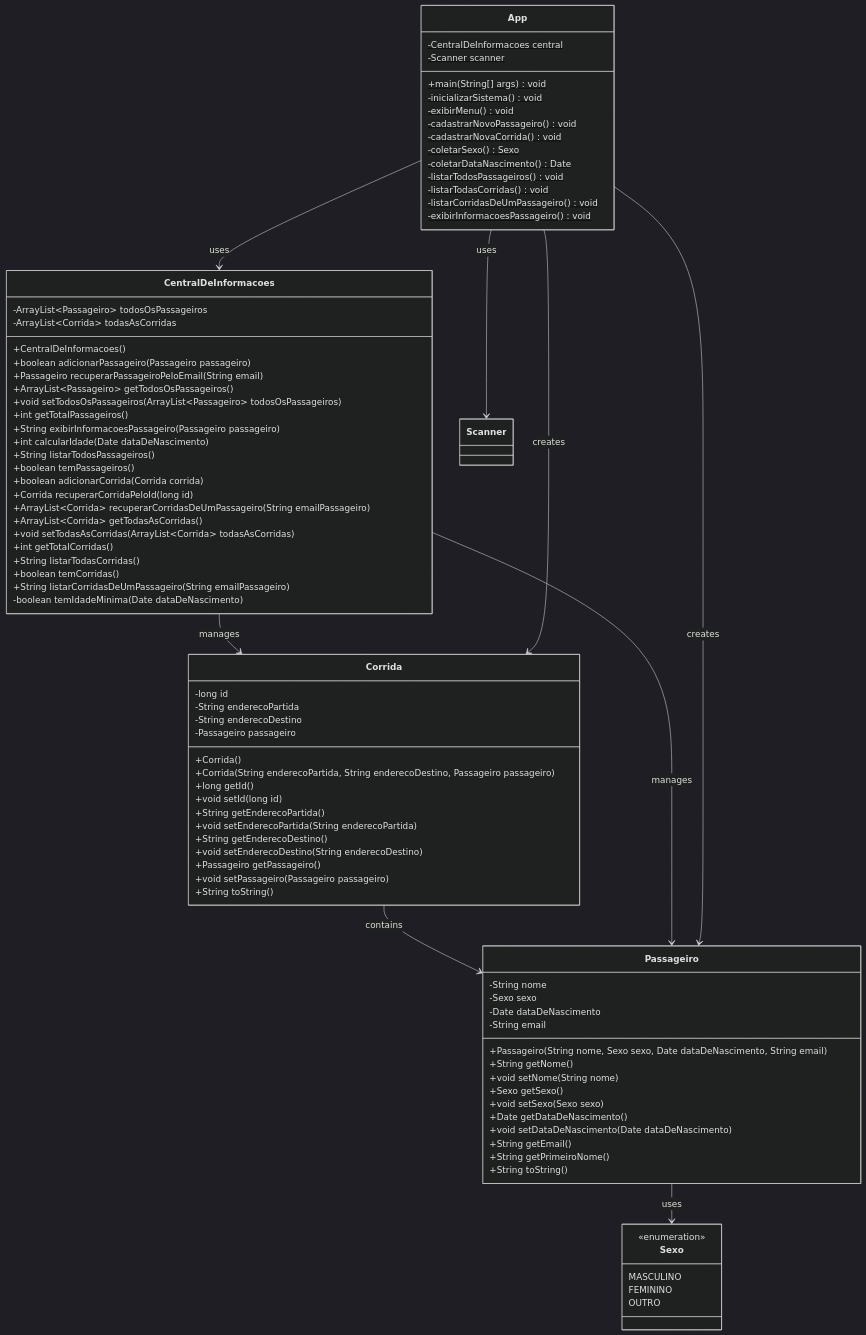
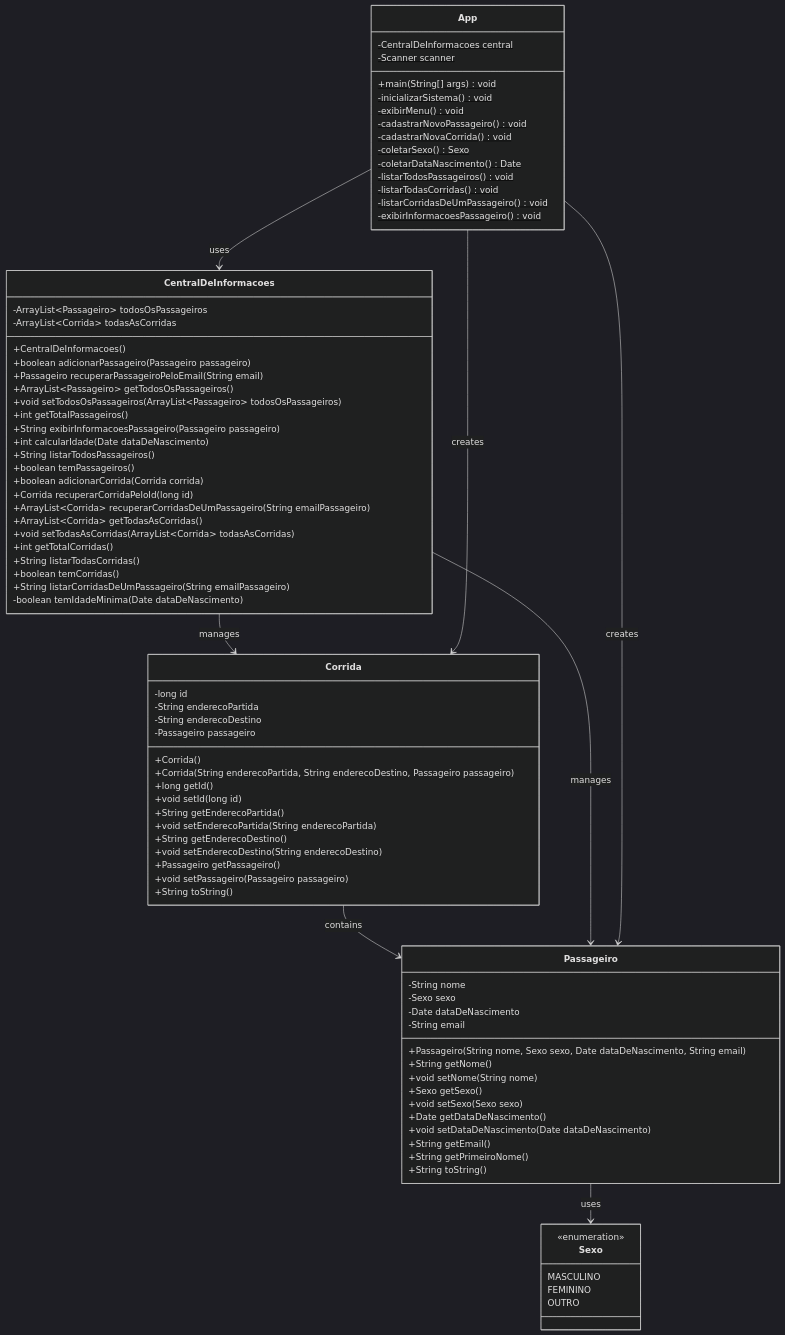
The diagram in lista2/src/main/java/br/com/pucgo/exercicio5/diagrama-uml.mmd (DEVigodE/ADS1232), drawn with Mermaid (dark theme) before and after one commit. The commit also changed 4 other files, not shown here.

Commit message:
Refactor UML diagrams to include App class and update relationships across exercises

```diff
--- a/lista2/src/main/java/br/com/pucgo/exercicio5/diagrama-uml.mmd
+++ b/lista2/src/main/java/br/com/pucgo/exercicio5/diagrama-uml.mmd
@@ -1,96 +1,95 @@
 classDiagram
     class Sexo {
         <<enumeration>>
         MASCULINO
         FEMININO
         OUTRO
     }
 
     class Passageiro {
         -String nome
         -Sexo sexo
         -Date dataDeNascimento
         -String email
 
         +Passageiro(String nome, Sexo sexo, Date dataDeNascimento, String email)
         +String getNome()
         +void setNome(String nome)
         +Sexo getSexo()
         +void setSexo(Sexo sexo)
         +Date getDataDeNascimento()
         +void setDataDeNascimento(Date dataDeNascimento)
         +String getEmail()
         +String getPrimeiroNome()
         +String toString()
     }
 
     class Corrida {
         -long id
         -String enderecoPartida
         -String enderecoDestino
         -Passageiro passageiro
 
         +Corrida()
         +Corrida(String enderecoPartida, String enderecoDestino, Passageiro passageiro)
         +long getId()
         +void setId(long id)
         +String getEnderecoPartida()
         +void setEnderecoPartida(String enderecoPartida)
         +String getEnderecoDestino()
         +void setEnderecoDestino(String enderecoDestino)
         +Passageiro getPassageiro()
         +void setPassageiro(Passageiro passageiro)
         +String toString()
     }
 
     class CentralDeInformacoes {
         -ArrayList~Passageiro~ todosOsPassageiros
         -ArrayList~Corrida~ todasAsCorridas
 
         +CentralDeInformacoes()
         +boolean adicionarPassageiro(Passageiro passageiro)
         +Passageiro recuperarPassageiroPeloEmail(String email)
         +ArrayList~Passageiro~ getTodosOsPassageiros()
         +void setTodosOsPassageiros(ArrayList~Passageiro~ todosOsPassageiros)
         +int getTotalPassageiros()
         +String exibirInformacoesPassageiro(Passageiro passageiro)
         +int calcularIdade(Date dataDeNascimento)
         +String listarTodosPassageiros()
         +boolean temPassageiros()
         +boolean adicionarCorrida(Corrida corrida)
         +Corrida recuperarCorridaPeloId(long id)
         +ArrayList~Corrida~ recuperarCorridasDeUmPassageiro(String emailPassageiro)
         +ArrayList~Corrida~ getTodasAsCorridas()
         +void setTodasAsCorridas(ArrayList~Corrida~ todasAsCorridas)
         +int getTotalCorridas()
         +String listarTodasCorridas()
         +boolean temCorridas()
         +String listarCorridasDeUmPassageiro(String emailPassageiro)
         -boolean temIdadeMinima(Date dataDeNascimento)
     }
 
     class App {
         -CentralDeInformacoes central$
         -Scanner scanner$
 
         +main(String[] args)$ void
         -inicializarSistema()$ void
         -exibirMenu()$ void
         -cadastrarNovoPassageiro()$ void
         -cadastrarNovaCorrida()$ void
         -coletarSexo()$ Sexo
         -coletarDataNascimento()$ Date
         -listarTodosPassageiros()$ void
         -listarTodasCorridas()$ void
         -listarCorridasDeUmPassageiro()$ void
         -exibirInformacoesPassageiro()$ void
     }
 
     Passageiro --> Sexo : uses
     Corrida --> Passageiro : contains
     CentralDeInformacoes --> Passageiro : manages
     CentralDeInformacoes --> Corrida : manages
     App --> CentralDeInformacoes : uses
     App --> Passageiro : creates
     App --> Corrida : creates
-    App --> Scanner : uses
```
